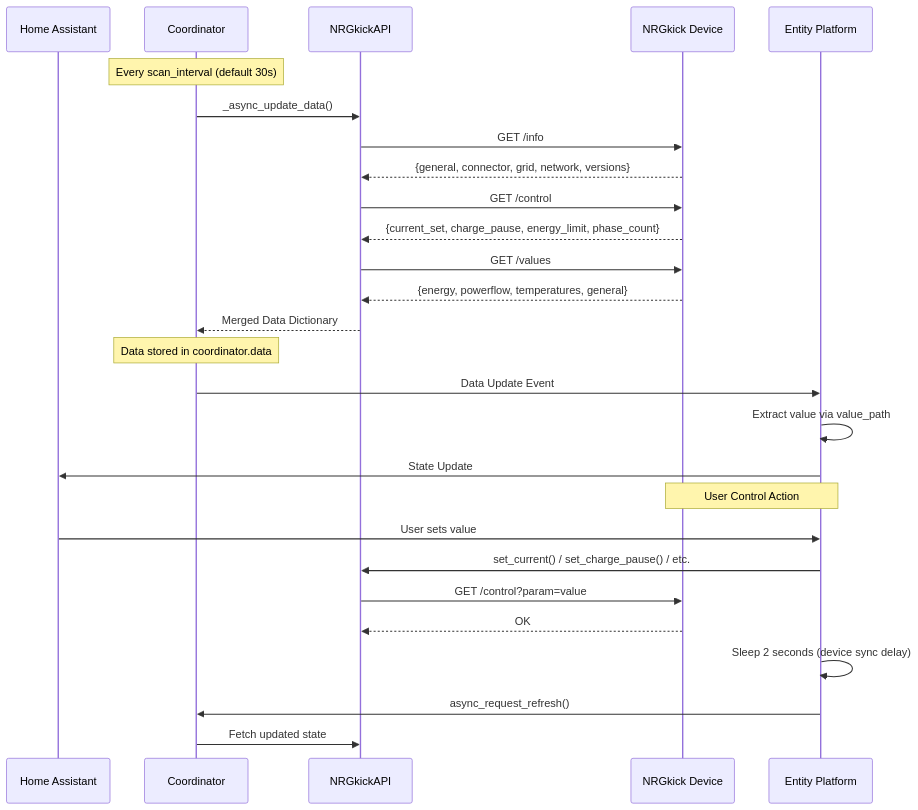
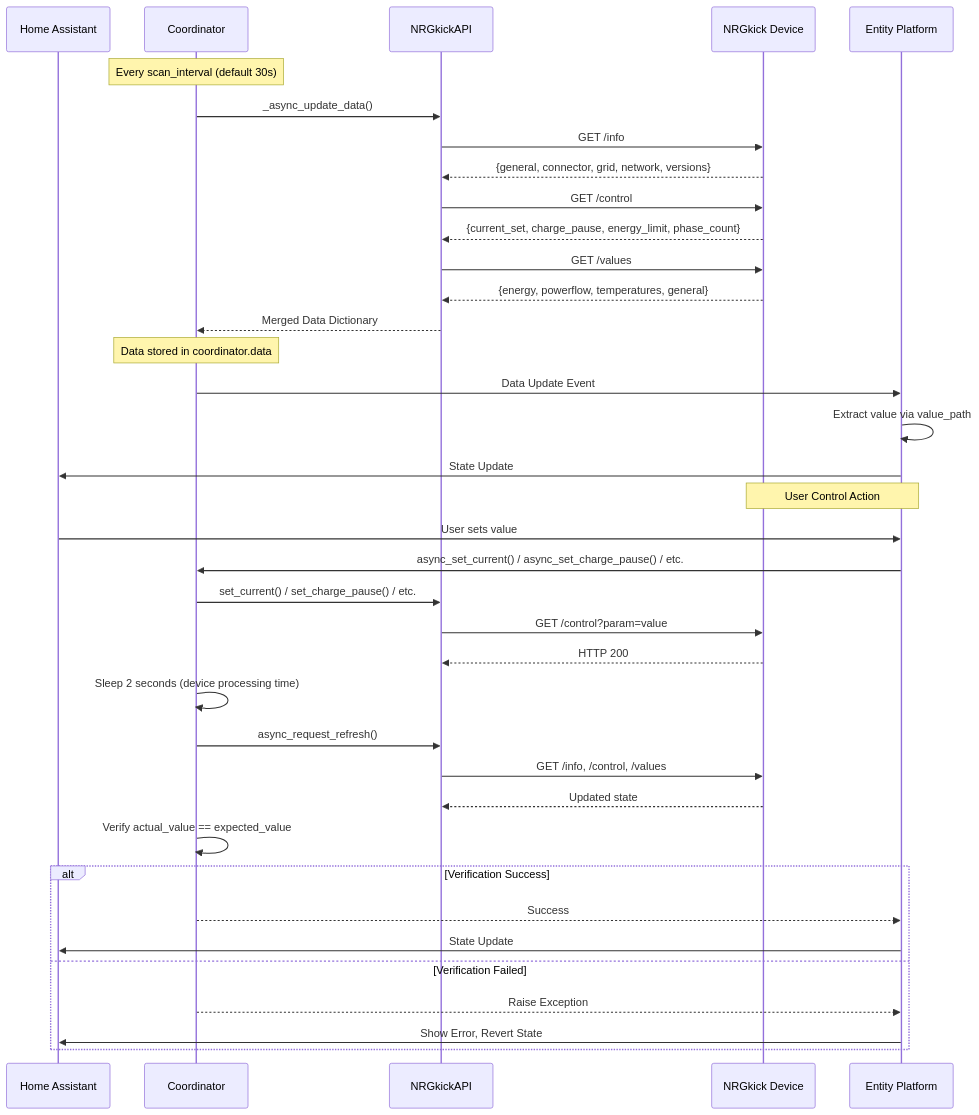
The second of 8 diagrams in ARCHITECTURE.md (andijakl/nrgkick-homeassistant), drawn with Mermaid before and after one commit. The commit also changed other lines of this file and 3 other files, not shown here.

Commit message:
Add state verification to control commands

````diff
--- a/ARCHITECTURE.md
+++ b/ARCHITECTURE.md
@@ -88,35 +88,45 @@
 ```mermaid
 sequenceDiagram
     participant HA as Home Assistant
     participant Coord as Coordinator
     participant API as NRGkickAPI
     participant Device as NRGkick Device
     participant Entity as Entity Platform
 
     Note over Coord: Every scan_interval (default 30s)
 
     Coord->>API: _async_update_data()
     API->>Device: GET /info
     Device-->>API: {general, connector, grid, network, versions}
     API->>Device: GET /control
     Device-->>API: {current_set, charge_pause, energy_limit, phase_count}
     API->>Device: GET /values
     Device-->>API: {energy, powerflow, temperatures, general}
 
     API-->>Coord: Merged Data Dictionary
 
     Note over Coord: Data stored in coordinator.data
 
     Coord->>Entity: Data Update Event
     Entity->>Entity: Extract value via value_path
     Entity->>HA: State Update
 
     Note over Entity,Device: User Control Action
     HA->>Entity: User sets value
-    Entity->>API: set_current() / set_charge_pause() / etc.
+    Entity->>Coord: async_set_current() / async_set_charge_pause() / etc.
+    Coord->>API: set_current() / set_charge_pause() / etc.
     API->>Device: GET /control?param=value
-    Device-->>API: OK
-    Entity->>Entity: Sleep 2 seconds (device sync delay)
-    Entity->>Coord: async_request_refresh()
-    Coord->>API: Fetch updated state
+    Device-->>API: HTTP 200
+    Coord->>Coord: Sleep 2 seconds (device processing time)
+    Coord->>API: async_request_refresh()
+    API->>Device: GET /info, /control, /values
+    Device-->>API: Updated state
+    Coord->>Coord: Verify actual_value == expected_value
+    alt Verification Success
+        Coord-->>Entity: Success
+        Entity->>HA: State Update
+    else Verification Failed
+        Coord-->>Entity: Raise Exception
+        Entity->>HA: Show Error, Revert State
+    end
 ```
````
